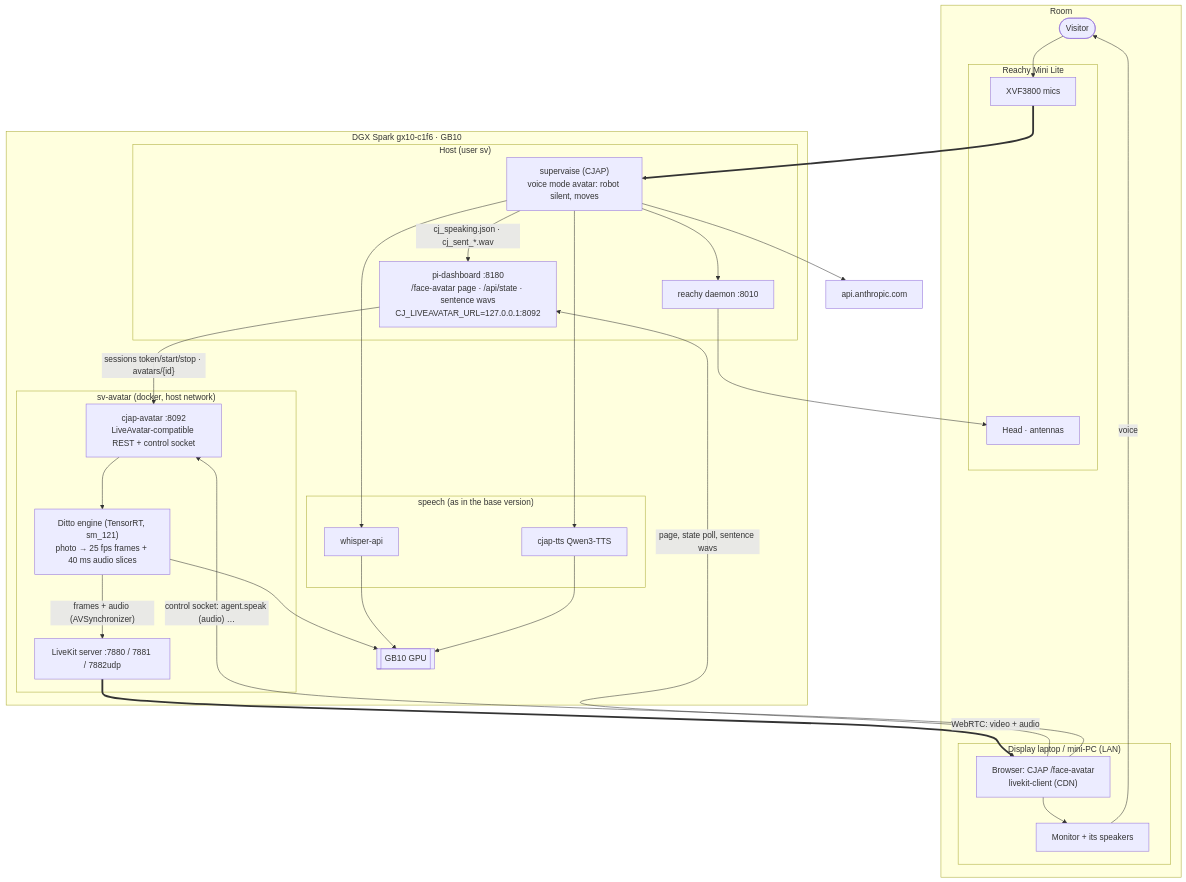
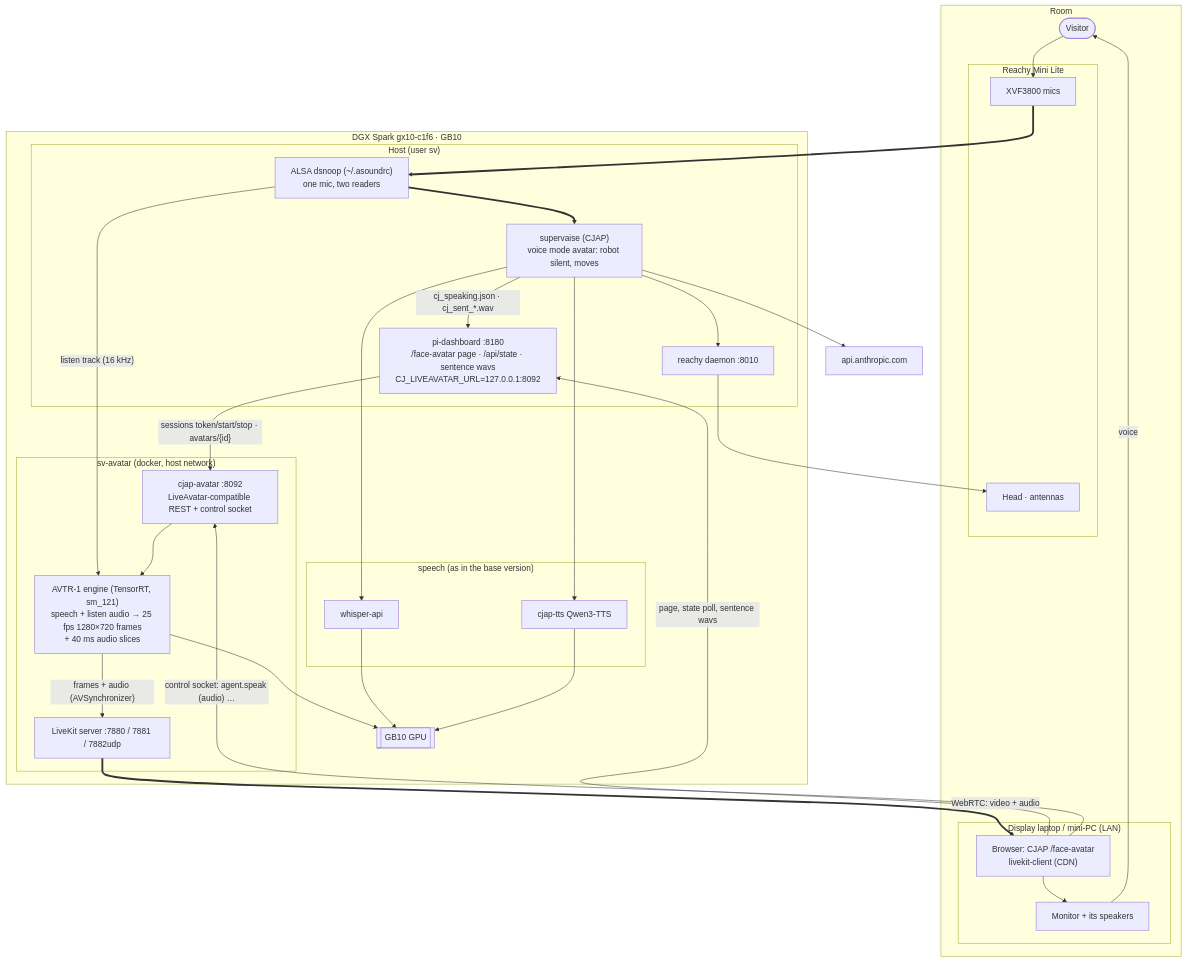
Before and after one commit to Supervaise-Inc/CJAP: the first of 2 diagrams in docs/spark/AVATAR_ARCHITECTURE.md, drawn with Mermaid. The commit also changed other lines of this file and 15 other files, not shown here.

First line of the commit message:
Spark: AVTR-1 in place of Ditto for the video avatar

````diff
--- a/docs/spark/AVATAR_ARCHITECTURE.md
+++ b/docs/spark/AVATAR_ARCHITECTURE.md
@@ -78,51 +84,54 @@
 ```mermaid
 flowchart TB
     subgraph ROOM["Room"]
         V(["Visitor"])
         subgraph DISP["Display laptop / mini-PC (LAN)"]
             BR["Browser: CJAP /face-avatar<br/>livekit-client (CDN)"]
             MON["Monitor + its speakers"]
         end
         subgraph LITE["Reachy Mini Lite"]
             MIC["XVF3800 mics"]
             MOT["Head · antennas"]
         end
     end
     subgraph SPARK["DGX Spark gx10-c1f6 · GB10"]
         subgraph HOST["Host (user sv)"]
+            ALSA["ALSA dsnoop (~/.asoundrc)<br/>one mic, two readers"]
             CJ["supervaise (CJAP)<br/>voice mode avatar: robot silent, moves"]
             DASH["pi-dashboard :8180<br/>/face-avatar page · /api/state · sentence wavs<br/>CJ_LIVEAVATAR_URL=127.0.0.1:8092"]
             DAEMON["reachy daemon :8010"]
         end
         subgraph AVS["sv-avatar (docker, host network)"]
             AVSRV["cjap-avatar :8092<br/>LiveAvatar-compatible REST + control socket"]
-            ENG["Ditto engine (TensorRT, sm_121)<br/>photo → 25 fps frames + 40 ms audio slices"]
+            ENG["AVTR-1 engine (TensorRT, sm_121)<br/>speech + listen audio → 25 fps 1280×720 frames<br/>+ 40 ms audio slices"]
             LK["LiveKit server :7880 / 7881 / 7882udp"]
         end
         subgraph SPEECH["speech (as in the base version)"]
             WH["whisper-api"]
             TTS["cjap-tts Qwen3-TTS"]
         end
         GPU[["GB10 GPU"]]
     end
     CLAUDE["api.anthropic.com"]
 
     V --> MIC
-    MIC ==> CJ
+    MIC ==> ALSA
+    ALSA ==> CJ
+    ALSA -- "listen track (16 kHz)" --> ENG
     CJ --> DAEMON --> MOT
     CJ --> WH
     CJ --> TTS
     CJ --> CLAUDE
     CJ -- "cj_speaking.json · cj_sent_*.wav" --> DASH
     BR -- "page, state poll, sentence wavs" --> DASH
     DASH -- "sessions token/start/stop · avatars/{id}" --> AVSRV
     BR -- "control socket: agent.speak (audio) …" --> AVSRV
     AVSRV --> ENG
     ENG -- "frames + audio (AVSynchronizer)" --> LK
     LK == "WebRTC: video + audio" ==> BR
     BR --> MON
     MON -- "voice" --> V
     ENG --> GPU
     WH --> GPU
     TTS --> GPU
 ```
````
